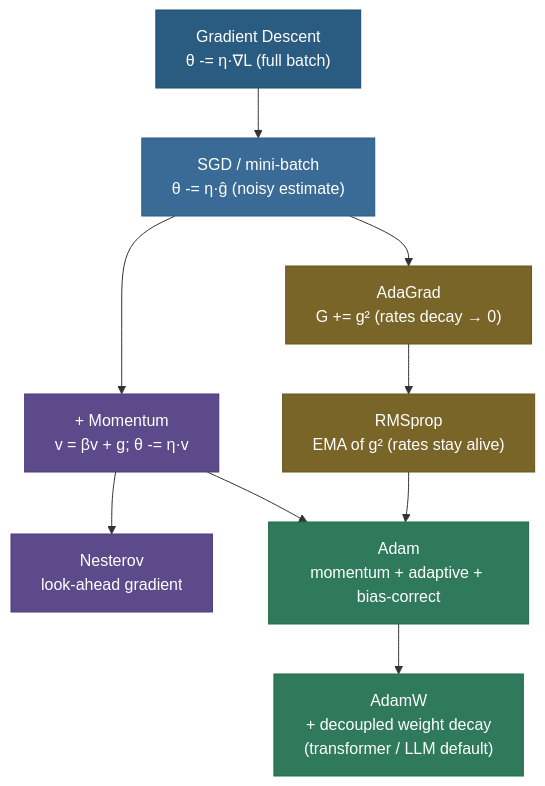
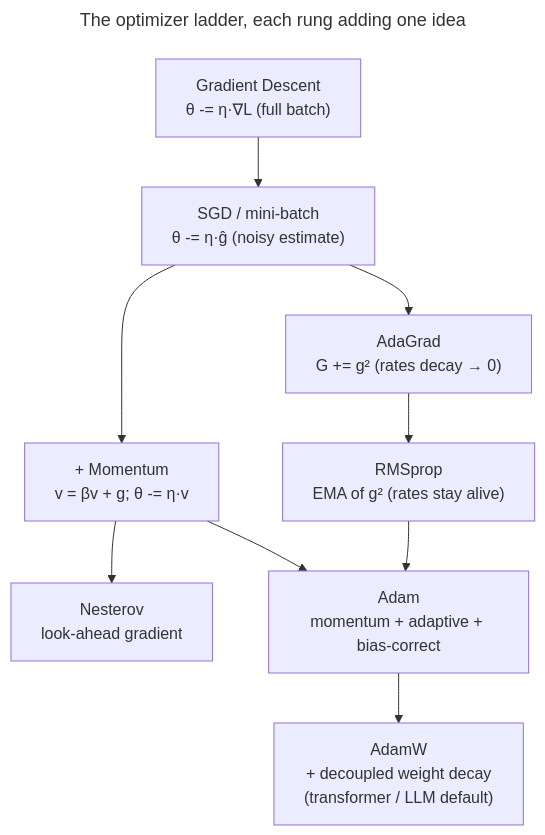
Before and after one commit to sudhir13s/ai-ml-learning-resources: the second of 4 diagrams in deep-learning/optimization-and-training/optimizers/optimizers.md, drawn with Mermaid. The commit also changed other lines of this file, not shown here.

````diff
--- a/deep-learning/optimization-and-training/optimizers/optimizers.md
+++ b/deep-learning/optimization-and-training/optimizers/optimizers.md
@@ -141,17 +195,14 @@
 ```mermaid
+---
+title: The optimizer ladder, each rung adding one idea
+---
 graph TD
-    GD["Gradient Descent<br/>θ -= η·∇L (full batch)"]:::navy --> SGD["SGD / mini-batch<br/>θ -= η·ĝ (noisy estimate)"]:::data
-    SGD --> MOM["+ Momentum<br/>v = βv + g;  θ -= η·v"]:::process
-    MOM --> NAG["Nesterov<br/>look-ahead gradient"]:::process
-    SGD --> ADA["AdaGrad<br/>G += g²  (rates decay → 0)"]:::amber
-    ADA --> RMS["RMSprop<br/>EMA of g²  (rates stay alive)"]:::amber
-    MOM --> ADAM["Adam<br/>momentum + adaptive + bias-correct"]:::out
+    GD["Gradient Descent<br/>θ -= η·∇L (full batch)"] --> SGD["SGD / mini-batch<br/>θ -= η·ĝ (noisy estimate)"]
+    SGD --> MOM["+ Momentum<br/>v = βv + g;  θ -= η·v"]
+    MOM --> NAG["Nesterov<br/>look-ahead gradient"]
+    SGD --> ADA["AdaGrad<br/>G += g²  (rates decay → 0)"]
+    ADA --> RMS["RMSprop<br/>EMA of g²  (rates stay alive)"]
+    MOM --> ADAM["Adam<br/>momentum + adaptive + bias-correct"]
     RMS --> ADAM
-    ADAM --> ADAMW["AdamW<br/>+ decoupled weight decay<br/>(transformer / LLM default)"]:::out
-
-    classDef navy fill:#2A5B80,stroke:#1A4B70,color:#fff
-    classDef data fill:#3A6B96,stroke:#2A5B86,color:#fff
-    classDef process fill:#5D4A8A,stroke:#4D3A7A,color:#fff
-    classDef amber fill:#7A6528,stroke:#6A5518,color:#fff
-    classDef out fill:#2E7A5A,stroke:#1E6A4A,color:#fff
+    ADAM --> ADAMW["AdamW<br/>+ decoupled weight decay<br/>(transformer / LLM default)"]:::focus
 ```
````
